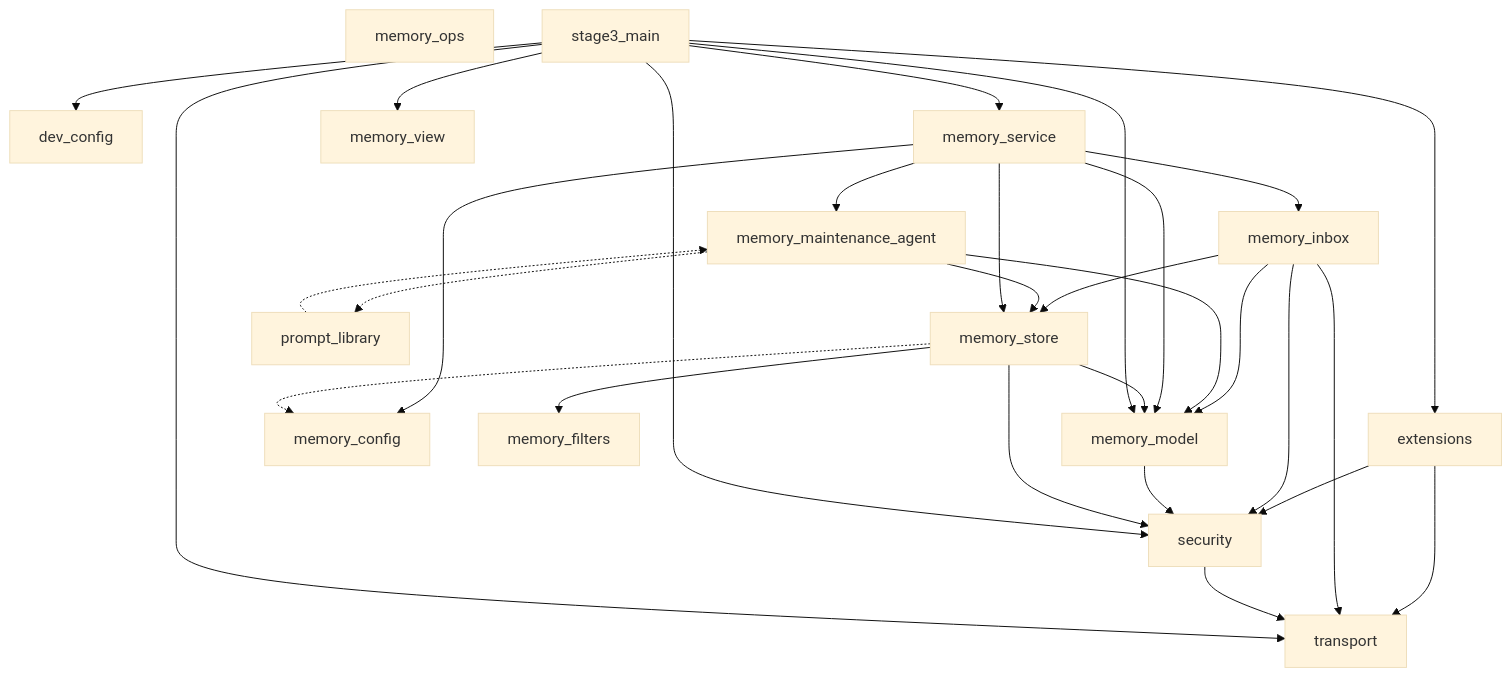
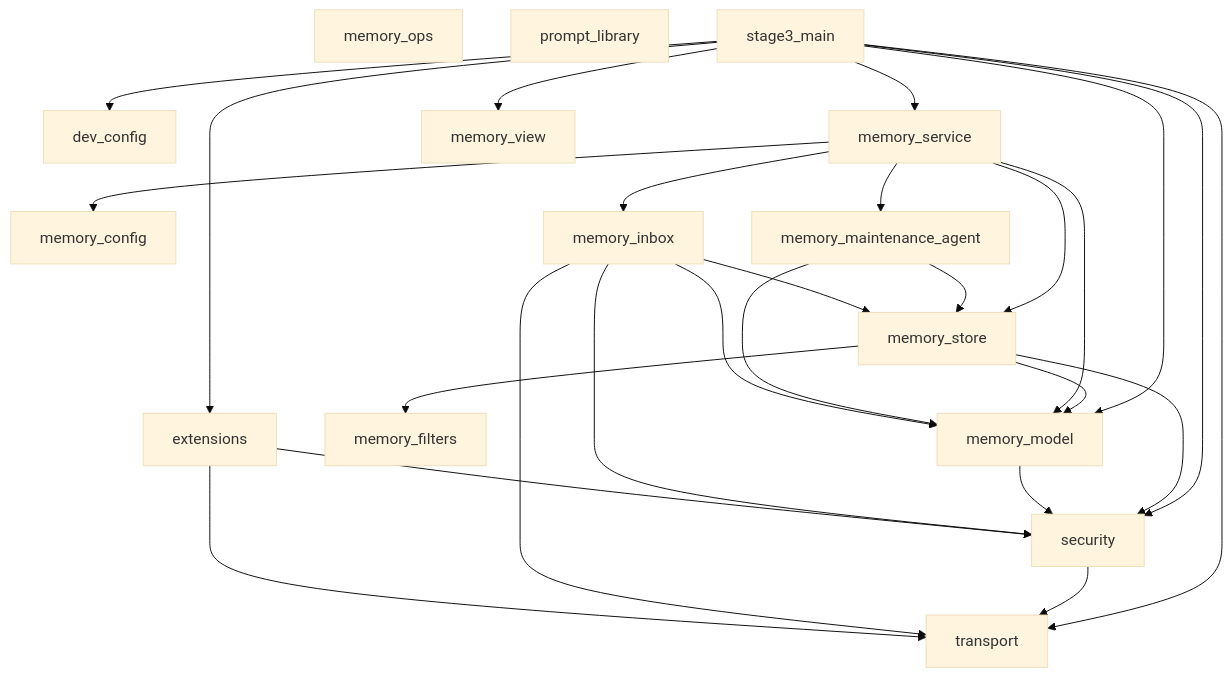
One commit to xuzhunzhi/YunRu-ChatBot changed the second of 5 diagrams in docs/GRAPH.md. Above: the diagram before and after it, drawn with Mermaid (base theme). The commit also changed other lines of this file and 10 other files, not shown here.

First line of the commit message:
docs: 图的排版修好——只画顶层 import，PNG 替代 SVG

````diff
--- a/docs/GRAPH.md
+++ b/docs/GRAPH.md
@@ -321,51 +115,48 @@
 ```mermaid
 flowchart TD
     n_dev_config["dev_config"]
     n_extensions["extensions"]
     n_memory_config["memory_config"]
     n_memory_filters["memory_filters"]
     n_memory_inbox["memory_inbox"]
     n_memory_maintenance_agent["memory_maintenance_agent"]
     n_memory_model["memory_model"]
     n_memory_ops["memory_ops"]
     n_memory_service["memory_service"]
     n_memory_store["memory_store"]
     n_memory_view["memory_view"]
     n_prompt_library["prompt_library"]
     n_security["security"]
     n_stage3_main["stage3_main"]
     n_transport["transport"]
 
     n_extensions --> n_security
     n_extensions --> n_transport
     n_memory_inbox --> n_memory_model
     n_memory_inbox --> n_memory_store
     n_memory_inbox --> n_security
     n_memory_inbox --> n_transport
     n_memory_maintenance_agent --> n_memory_model
     n_memory_maintenance_agent --> n_memory_store
     n_memory_model --> n_security
     n_memory_service --> n_memory_config
     n_memory_service --> n_memory_inbox
     n_memory_service --> n_memory_maintenance_agent
     n_memory_service --> n_memory_model
     n_memory_service --> n_memory_store
     n_memory_store --> n_memory_filters
     n_memory_store --> n_memory_model
     n_memory_store --> n_security
     n_security --> n_transport
     n_stage3_main --> n_dev_config
     n_stage3_main --> n_extensions
     n_stage3_main --> n_memory_model
     n_stage3_main --> n_memory_service
     n_stage3_main --> n_memory_view
     n_stage3_main --> n_security
     n_stage3_main --> n_transport
-    n_memory_maintenance_agent -.-> n_prompt_library
-    n_memory_store -.-> n_memory_config
-    n_prompt_library -.-> n_memory_maintenance_agent
 
 classDef bottom fill:#dbe9f8,stroke:#1f5691,color:#123
 classDef stage3 fill:#def2de,stroke:#246a34,color:#132
 classDef host fill:#fce9d2,stroke:#96540f,color:#321
 ```
````
